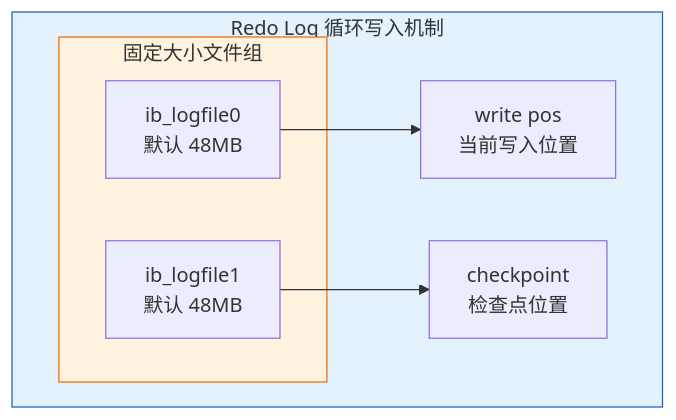
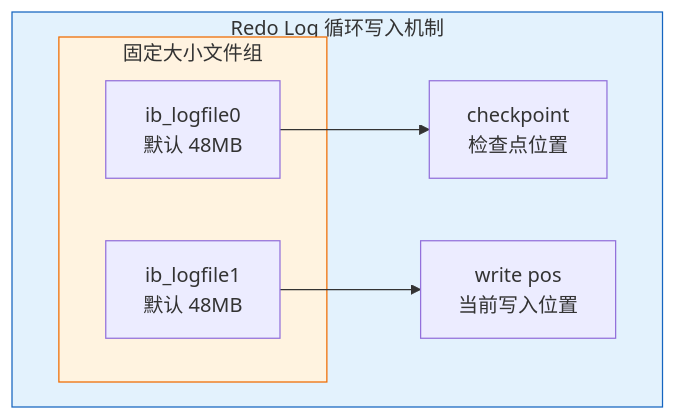
One commit to watslab/interview_doc changed the third of 8 diagrams in document/MySQL/MySQL 三大日志详解.md. Above: the diagram before and after it, drawn with Mermaid. The commit also changed other lines of this file and 4 other files, not shown here.

````diff
--- a/document/MySQL/MySQL 三大日志详解.md
+++ b/document/MySQL/MySQL 三大日志详解.md
@@ -98,18 +142,18 @@
 ```mermaid
 flowchart TB
     subgraph Structure["Redo Log 循环写入机制"]
         subgraph Files["固定大小文件组"]
             F1["ib_logfile0<br/>默认 48MB"]
             F2["ib_logfile1<br/>默认 48MB"]
         end
         
+        CP["checkpoint<br/>检查点位置"]
         WP["write pos<br/>当前写入位置"]
-        CP["checkpoint<br/>检查点位置"]
         
-        F1 --> WP
-        F2 --> CP
+        F1 --> CP
+        F2 --> WP
     end
     
     style Structure fill:#e3f2fd,stroke:#1565c0
     style Files fill:#fff3e0,stroke:#ef6c00
 ```
````
